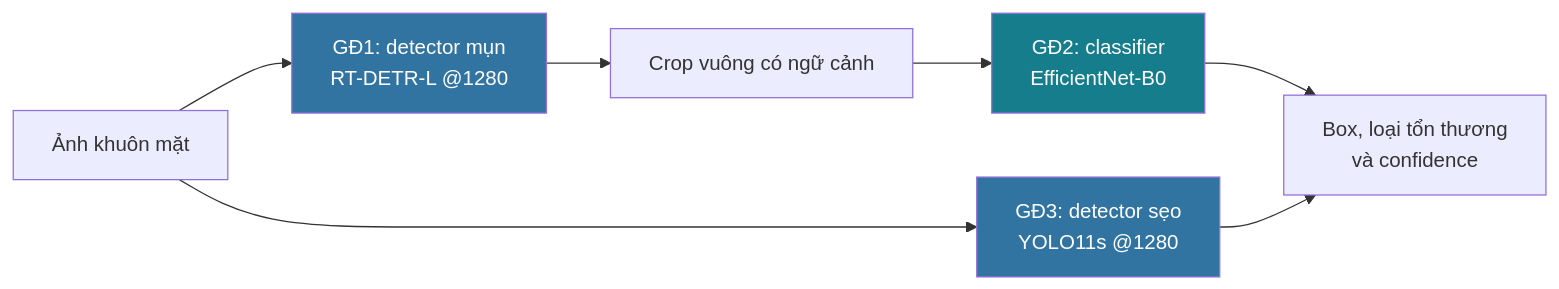
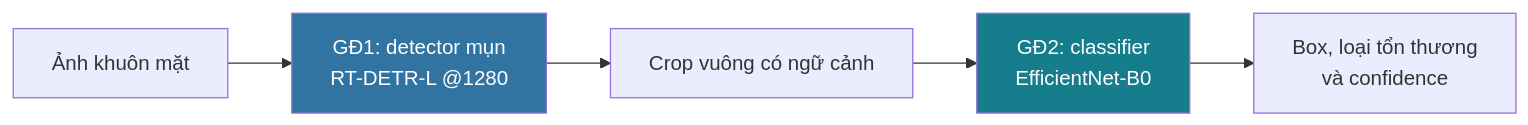
The diagram in README.md (dangkhoa18052004/BinSpa_AI), drawn with Mermaid before and after one commit. The commit also changed other lines of this file and 24 other files, not shown here.

First line of the commit message:
Retire scar detection and add dataset-based reliability roadmap

````diff
--- a/README.md
+++ b/README.md
@@ -44,12 +44,9 @@
 ```mermaid
 flowchart LR
     A["Ảnh khuôn mặt"] --> B["GĐ1: detector mụn<br/>RT-DETR-L @1280"]
     B --> C["Crop vuông có ngữ cảnh"]
     C --> D["GĐ2: classifier<br/>EfficientNet-B0"]
-    A --> E["GĐ3: detector sẹo<br/>YOLO11s @1280"]
     D --> F["Box, loại tổn thương<br/>và confidence"]
-    E --> F
     style B fill:#3274a1,color:#fff
     style D fill:#167d8d,color:#fff
-    style E fill:#3274a1,color:#fff
 ```
````
